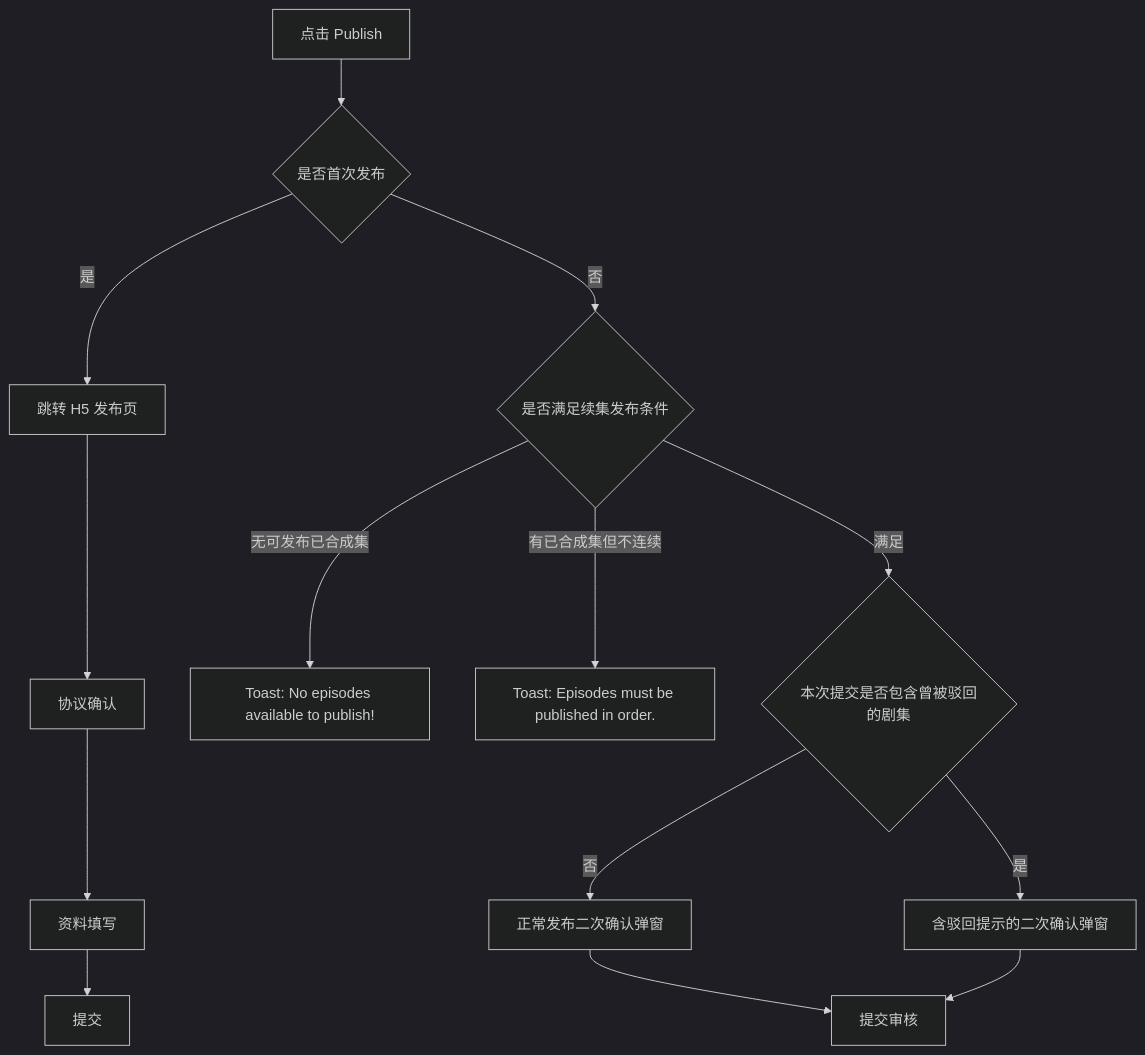
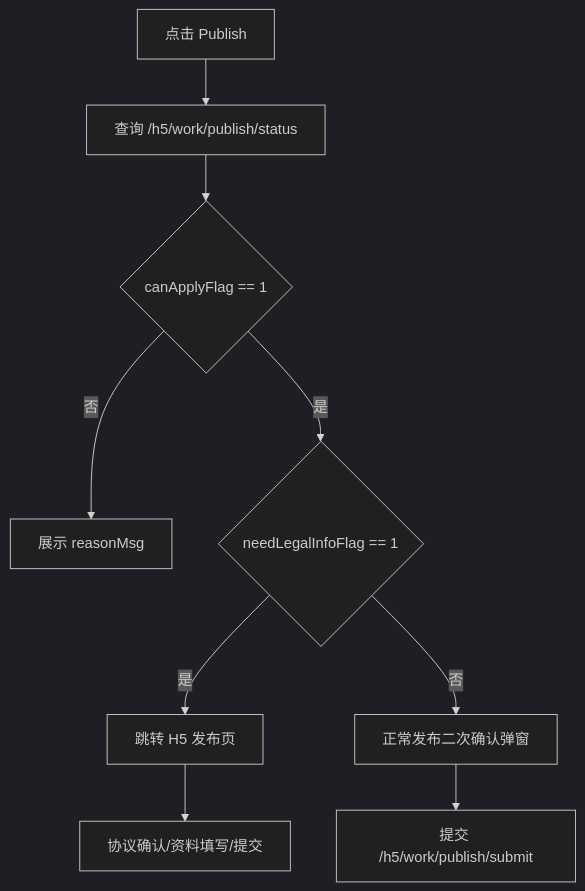
The diagram in design/project/work-publish-logic.md (wangshaowen1/Android_epnova), drawn with Mermaid (dark theme) before and after one commit. The commit also changed other lines of this file and 2 other files, not shown here.

````diff
--- a/design/project/work-publish-logic.md
+++ b/design/project/work-publish-logic.md
@@ -79,16 +82,11 @@
 ```mermaid
 flowchart TD
-    A[点击 Publish] --> B{是否首次发布}
-    B -- 是 --> C[跳转 H5 发布页]
-    C --> D[协议确认]
-    D --> E[资料填写]
-    E --> F[提交]
-    B -- 否 --> G{是否满足续集发布条件}
-    G -- 无可发布已合成集 --> H[Toast: No episodes available to publish!]
-    G -- 有已合成集但不连续 --> I[Toast: Episodes must be published in order.]
-    G -- 满足 --> J{本次提交是否包含曾被驳回的剧集}
-    J -- 否 --> K[正常发布二次确认弹窗]
-    J -- 是 --> L[含驳回提示的二次确认弹窗] 
-    K --> M[提交审核]
-    L --> M
+    A[点击 Publish] --> B[查询 /h5/work/publish/status]
+    B --> C{canApplyFlag == 1}
+    C -- 否 --> D[展示 reasonMsg]
+    C -- 是 --> E{needLegalInfoFlag == 1}
+    E -- 是 --> F[跳转 H5 发布页]
+    F --> G[协议确认/资料填写/提交]
+    E -- 否 --> H[正常发布二次确认弹窗]
+    H --> I[提交 /h5/work/publish/submit]
 ```
````
